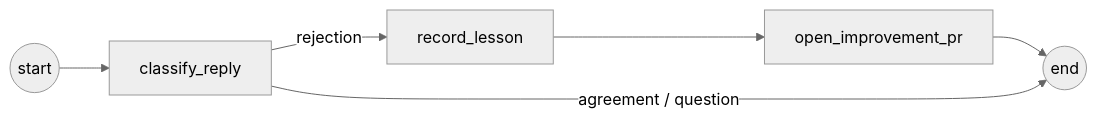
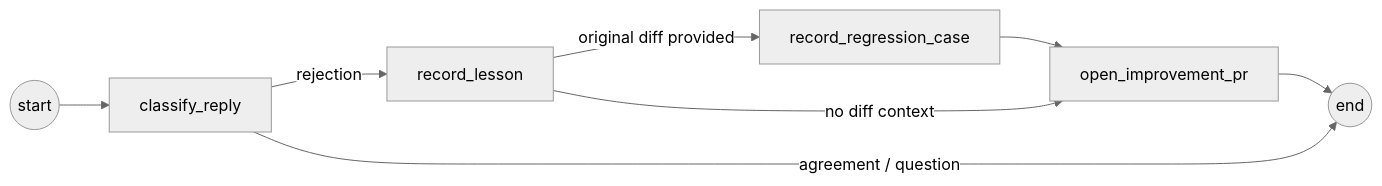
Before and after one commit to oscardaly/pr-review-agent: the second of 2 diagrams in README.md, drawn with Mermaid (neutral theme). The commit also changed other lines of this file and 18 other files, not shown here.

````diff
--- a/README.md
+++ b/README.md
@@ -75,6 +79,8 @@
 ```mermaid
 flowchart LR
     START((start)) --> classify["classify_reply"]
-    classify -- rejection --> lesson["record_lesson"] --> pr["open_improvement_pr"] --> END(("end"))
+    classify -- rejection --> lesson["record_lesson"]
+    lesson -- "original diff provided" --> regress["record_regression_case"] --> pr["open_improvement_pr"] --> END(("end"))
+    lesson -- "no diff context" --> pr
     classify -- "agreement / question" --> END
 ```
````
